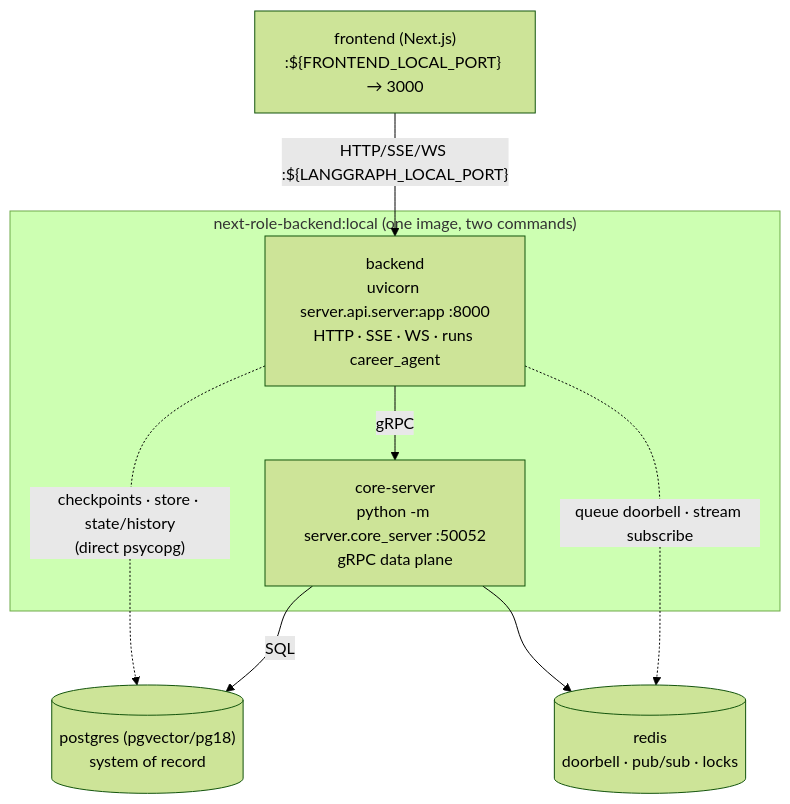
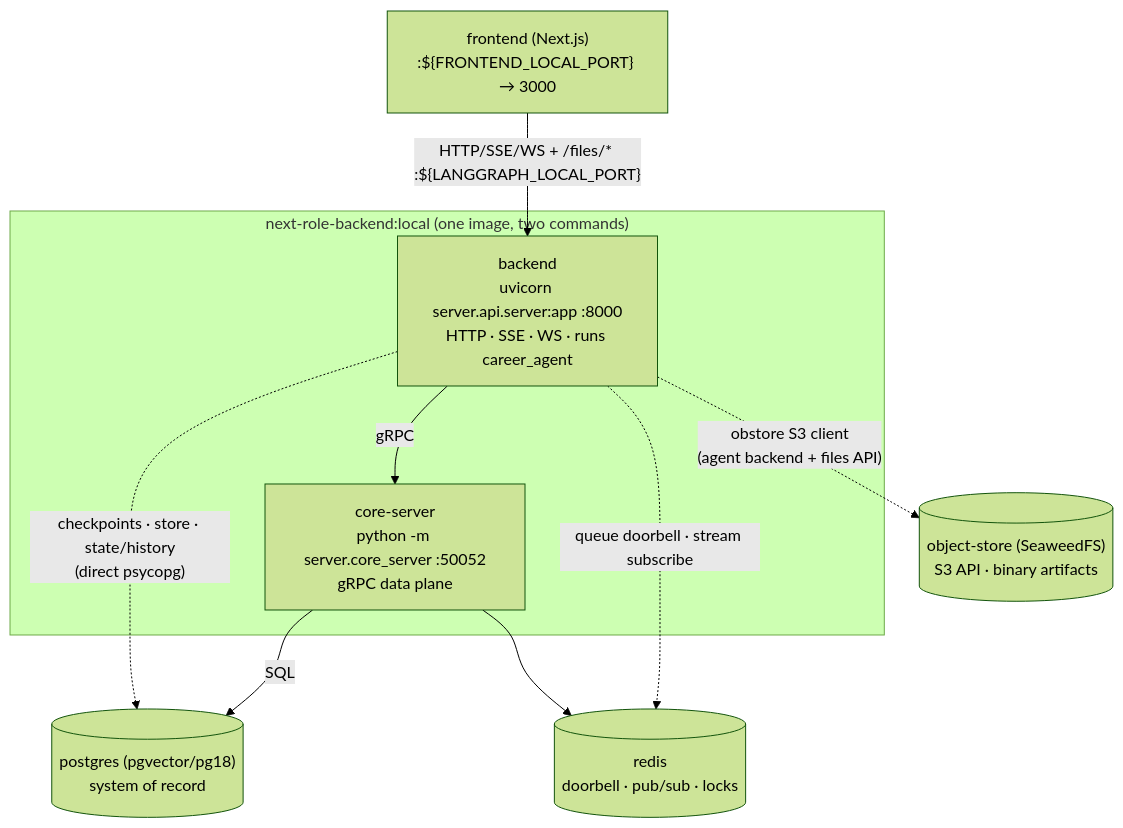
One commit to tam159/next-role changed the diagram in backend/ARCHITECTURE.md. Above: the diagram before and after it, drawn with Mermaid (forest theme). The commit also changed other lines of this file and 45 other files, not shown here.

First line of the commit message:
feat: store binary artifacts in S3-compatible object storage (#51)

````diff
--- a/backend/ARCHITECTURE.md
+++ b/backend/ARCHITECTURE.md
@@ -42,16 +48,18 @@
 ```mermaid
 graph TB
     FE["frontend (Next.js)<br/>:${FRONTEND_LOCAL_PORT} → 3000"]
     subgraph image["next-role-backend:local (one image, two commands)"]
         BE["backend<br/>uvicorn server.api.server:app :8000<br/>HTTP · SSE · WS · runs career_agent"]
         CS["core-server<br/>python -m server.core_server :50052<br/>gRPC data plane"]
     end
     PG[("postgres (pgvector/pg18)<br/>system of record")]
     RD[("redis<br/>doorbell · pub/sub · locks")]
-    FE -->|"HTTP/SSE/WS :${LANGGRAPH_LOCAL_PORT}"| BE
+    OS[("object-store (SeaweedFS)<br/>S3 API · binary artifacts")]
+    FE -->|"HTTP/SSE/WS + /files/* :${LANGGRAPH_LOCAL_PORT}"| BE
     BE -->|gRPC| CS
     BE -. "checkpoints · store · state/history<br/>(direct psycopg)" .-> PG
     CS -->|SQL| PG
     CS --> RD
     BE -. "queue doorbell · stream subscribe" .-> RD
+    BE -. "obstore S3 client<br/>(agent backend + files API)" .-> OS
 ```
````
